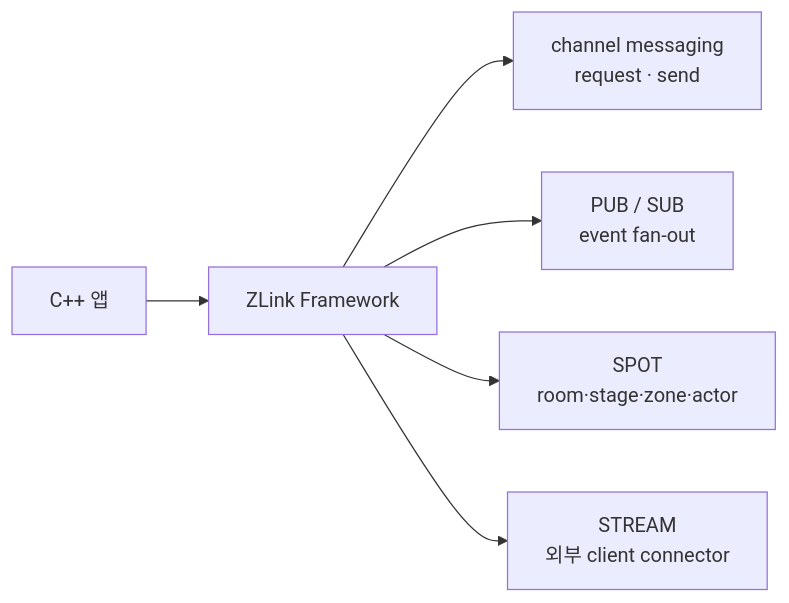
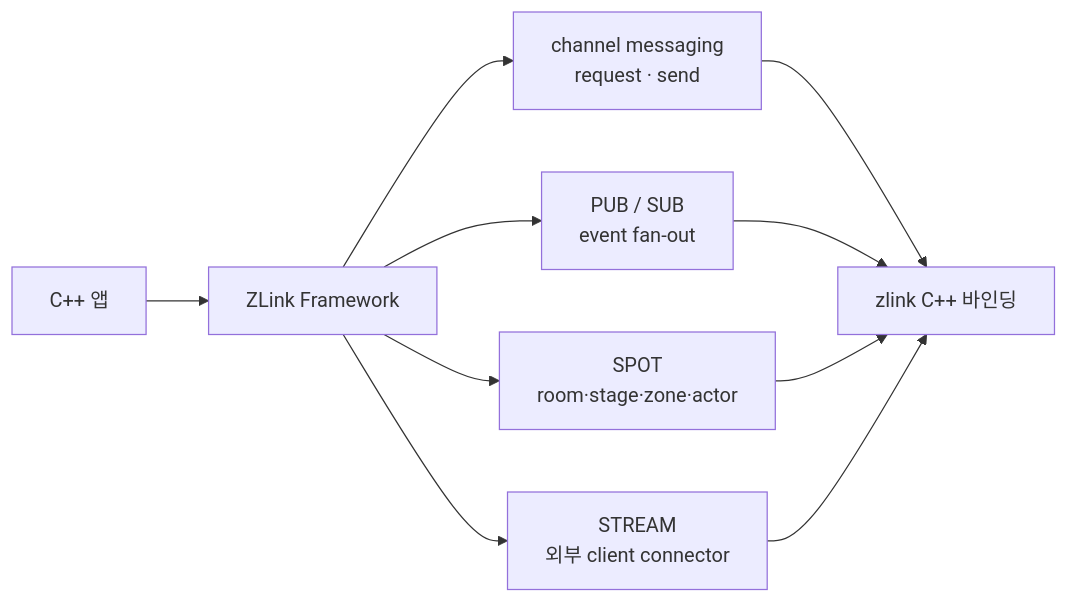
Diagram 11 of 12 in framework/doc/framework/cpp/guide/server/01-overview.ko.md (kairos-code-dev/zlink), drawn with Mermaid before and after one commit. The commit also changed other lines of this file and 9 other files, not shown here.

````diff
--- a/framework/doc/framework/cpp/guide/server/01-overview.ko.md
+++ b/framework/doc/framework/cpp/guide/server/01-overview.ko.md
@@ -223,8 +885,9 @@
 ```mermaid
 flowchart LR
   App[C++ 앱] --> FW[ZLink Framework]
   FW --> CM[channel messaging<br/>request · send]
   FW --> PS[PUB / SUB<br/>event fan-out]
   FW --> SP[SPOT<br/>room·stage·zone·actor]
   FW --> ST[STREAM<br/>외부 client connector]
+  CM & PS & SP & ST --> ZB[zlink C++ 바인딩]
 ```
````
